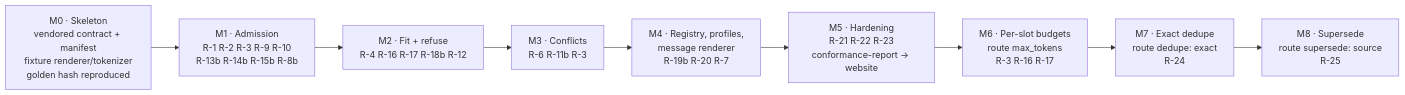
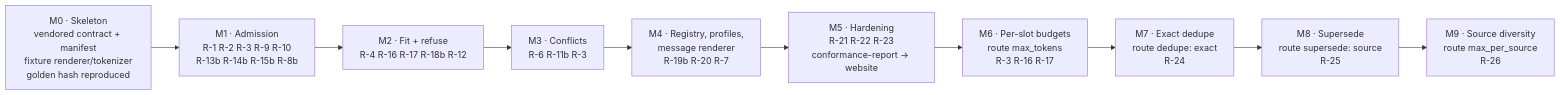
Diagram 13 of 21 in docs/DESIGN.md (contextwindowarchitecture/assembler-python), drawn with Mermaid before and after one commit. The commit also changed other lines of this file and 24 other files, not shown here.

````diff
--- a/docs/DESIGN.md
+++ b/docs/DESIGN.md
@@ -595,11 +595,12 @@
 ```mermaid
 flowchart LR
   M0["M0 · Skeleton<br/>vendored contract + manifest<br/>fixture renderer/tokenizer<br/>golden hash reproduced"] --> M1["M1 · Admission<br/>R-1 R-2 R-3 R-9 R-10<br/>R-13b R-14b R-15b R-8b"]
   M1 --> M2["M2 · Fit + refuse<br/>R-4 R-16 R-17 R-18b R-12"]
   M2 --> M3["M3 · Conflicts<br/>R-6 R-11b R-3"]
   M3 --> M4["M4 · Registry, profiles,<br/>message renderer<br/>R-19b R-20 R-7"]
   M4 --> M5["M5 · Hardening<br/>R-21 R-22 R-23<br/>conformance-report → website"]
   M5 --> M6["M6 · Per-slot budgets<br/>route max_tokens<br/>R-3 R-16 R-17"]
   M6 --> M7["M7 · Exact dedupe<br/>route dedupe: exact<br/>R-24"]
   M7 --> M8["M8 · Supersede<br/>route supersede: source<br/>R-25"]
+  M8 --> M9["M9 · Source diversity<br/>route max_per_source<br/>R-26"]
 ```
````
